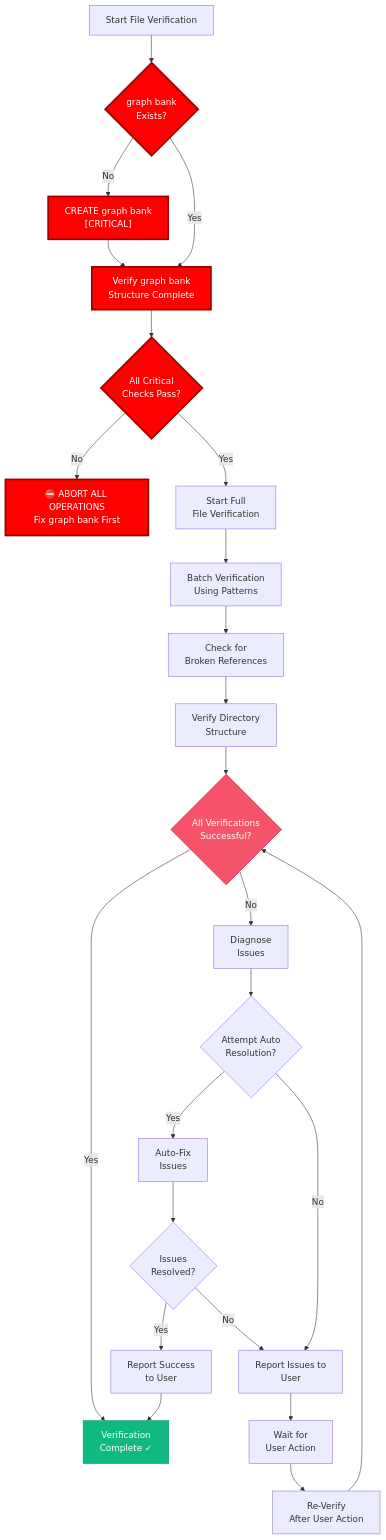
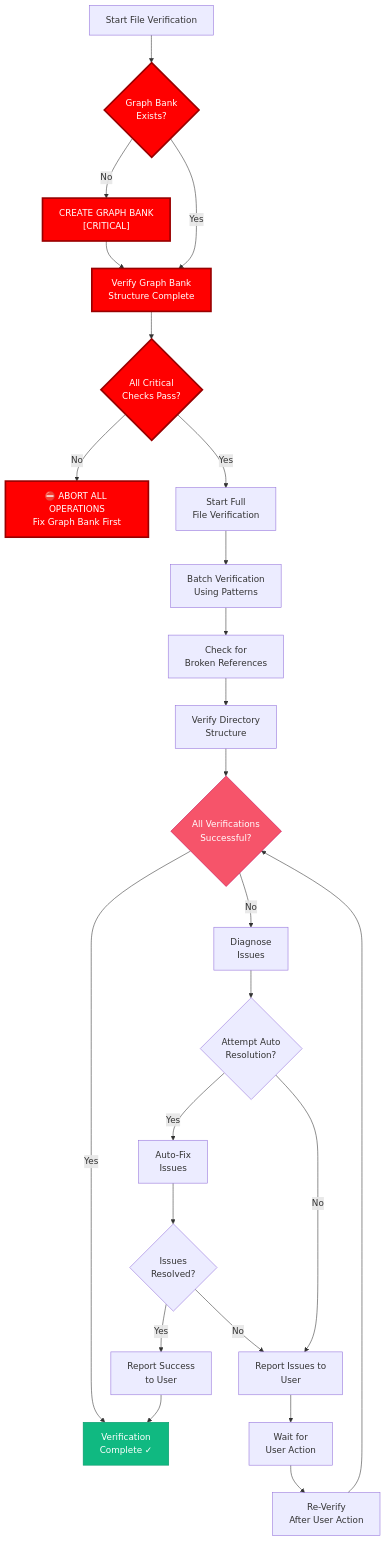
Before and after one commit to 7Spade/cursor-memory-bank: the first of 2 diagrams in .cursor/rules/isolation_rules/visual-maps/van_mode_split/van-file-verification.mdc, drawn with Mermaid. The commit also changed other lines of this file and 37 other files, not shown here.

Commit message:
refactor: Standardize terminology from "Memory Bank" to "Graph Bank" across all files, ensuring consistency in documentation and improving clarity in the system's architecture and processes

````diff
--- a/.cursor/rules/isolation_rules/visual-maps/van_mode_split/van-file-verification.mdc
+++ b/.cursor/rules/isolation_rules/visual-maps/van_mode_split/van-file-verification.mdc
@@ -16,42 +16,42 @@
 ```mermaid
 graph TD
-    %% Critical graph bank verification - MUST be first
-    Start["Start File Verification"] --> MemBankCheck{"graph bank<br>Exists?"}
-    MemBankCheck -->|"No"| CreateMemBank["CREATE graph bank<br>[CRITICAL]"]
-    MemBankCheck -->|"Yes"| VerifyMemBankComplete["Verify graph bank<br>Structure Complete"]
+    %% Critical Graph Bank verification - MUST be first
+    Start["Start File Verification"] --> MemBankCheck{"Graph Bank<br>Exists?"}
+    MemBankCheck -->|"No"| CreateMemBank["CREATE GRAPH BANK<br>[CRITICAL]"]
+    MemBankCheck -->|"Yes"| VerifyMemBankComplete["Verify Graph Bank<br>Structure Complete"]
     CreateMemBank --> VerifyMemBankComplete
     
     VerifyMemBankComplete --> PassCheck{"All Critical<br>Checks Pass?"}
-    PassCheck -->|"No"| AbortAll["⛔ ABORT ALL OPERATIONS<br>Fix graph bank First"]
+    PassCheck -->|"No"| AbortAll["⛔ ABORT ALL OPERATIONS<br>Fix Graph Bank First"]
     PassCheck -->|"Yes"| MainVerification
 
     %% Regular verification flow continues here
     MainVerification["Start Full<br>File Verification"] --> BatchVerify["Batch Verification<br>Using Patterns"]
     BatchVerify --> BrokenLinks["Check for<br>Broken References"]
     BrokenLinks --> DirectoryStructure["Verify Directory<br>Structure"]
     DirectoryStructure --> Status{"All Verifications<br>Successful?"}
     
     Status -->|"Yes"| Complete["Verification<br>Complete ✓"]
     Status -->|"No"| Diagnose["Diagnose<br>Issues"]
     Diagnose --> Attempt{"Attempt Auto<br>Resolution?"}
     
     Attempt -->|"Yes"| AutoFix["Auto-Fix<br>Issues"]
     Attempt -->|"No"| ReportIssue["Report Issues to<br>User"]
     
     AutoFix --> Recheck{"Issues<br>Resolved?"}
     Recheck -->|"Yes"| ReportSuccess["Report Success<br>to User"]
     Recheck -->|"No"| ReportIssue
     
     ReportSuccess --> Complete
     ReportIssue --> UserAction["Wait for<br>User Action"]
     UserAction --> ReVerify["Re-Verify<br>After User Action"]
     ReVerify --> Status
     
     style MemBankCheck fill:#ff0000,stroke:#990000,color:white,stroke-width:3px
     style CreateMemBank fill:#ff0000,stroke:#990000,color:white,stroke-width:3px
     style VerifyMemBankComplete fill:#ff0000,stroke:#990000,color:white,stroke-width:3px
     style PassCheck fill:#ff0000,stroke:#990000,color:white,stroke-width:3px
     style AbortAll fill:#ff0000,stroke:#990000,color:white,stroke-width:3px
     style Status fill:#f6546a,stroke:#c30052,color:white
     style Complete fill:#10b981,stroke:#059669,color:white
 ```
````
